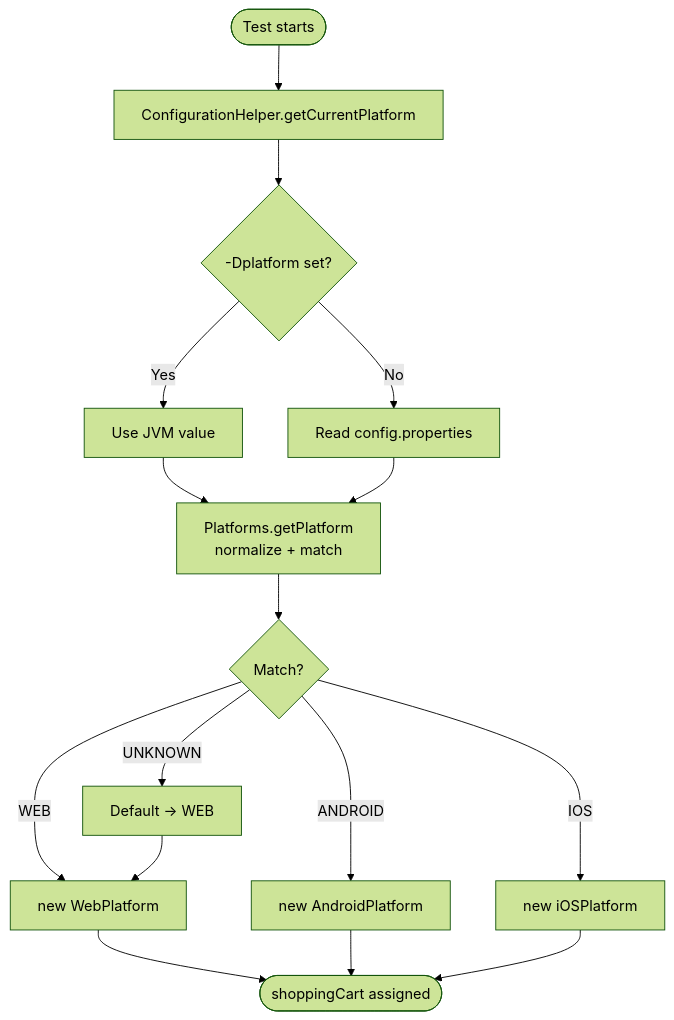
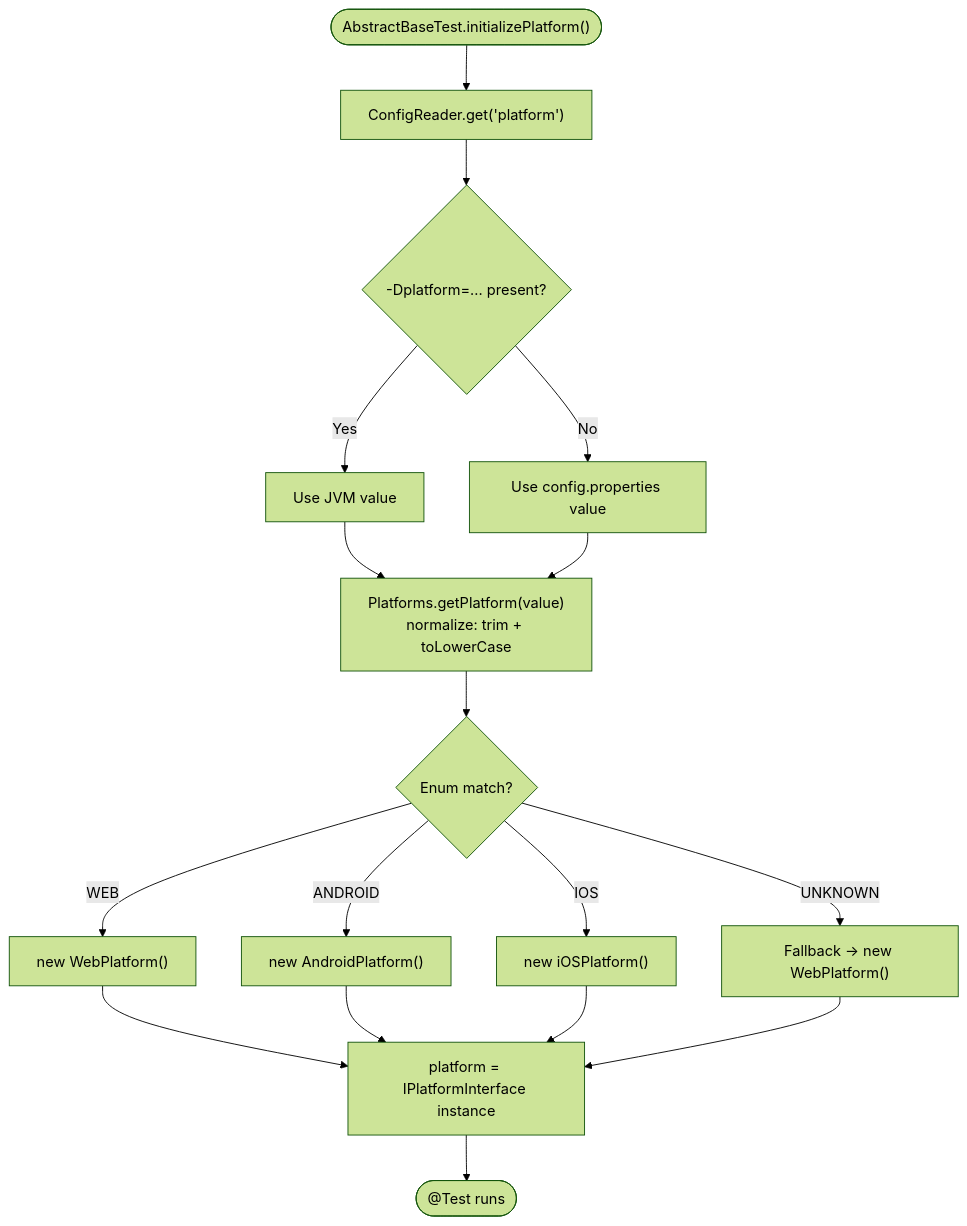
The eighth of 8 diagrams in README.md (Vijay-Durairaj/SeleniumFramework), drawn with Mermaid (forest theme) before and after one commit. The commit also changed other lines of this file and 8 other files, not shown here.

````diff
--- a/README.md
+++ b/README.md
@@ -320,15 +494,19 @@
 ```mermaid
 flowchart TD
-    A([Test starts]) --> B[ConfigurationHelper.getCurrentPlatform]
-    B --> C{-Dplatform set?}
-    C -->|Yes| D[Use JVM value]
-    C -->|No| E[Read config.properties]
-    D & E --> F[Platforms.getPlatform<br/>normalize + match]
-    F --> G{Match?}
-    G -->|UNKNOWN| H[Default → WEB]
-    G -->|WEB| I[new WebPlatform]
-    G -->|ANDROID| J[new AndroidPlatform]
-    G -->|IOS| K[new iOSPlatform]
-    H --> I
-    I & J & K --> L([shoppingCart assigned])
+    START(["AbstractBaseTest.initializePlatform()"]) --> CFG["ConfigReader.get('platform')"]
+    CFG --> JVM{"-Dplatform=... present?"}
+    JVM -->|Yes| USE_JVM["Use JVM value"]
+    JVM -->|No| USE_CFG["Use config.properties value"]
+    USE_JVM --> NORM["Platforms.getPlatform(value)\nnormalize: trim + toLowerCase"]
+    USE_CFG --> NORM
+    NORM --> MATCH{"Enum match?"}
+    MATCH -->|WEB| WP["new WebPlatform()"]
+    MATCH -->|ANDROID| AP["new AndroidPlatform()"]
+    MATCH -->|IOS| IP["new iOSPlatform()"]
+    MATCH -->|UNKNOWN| FB["Fallback → new WebPlatform()"]
+    WP --> ASSIGN["platform = IPlatformInterface instance"]
+    AP --> ASSIGN
+    IP --> ASSIGN
+    FB --> ASSIGN
+    ASSIGN --> TEST(["@Test runs"])
 ```
````
